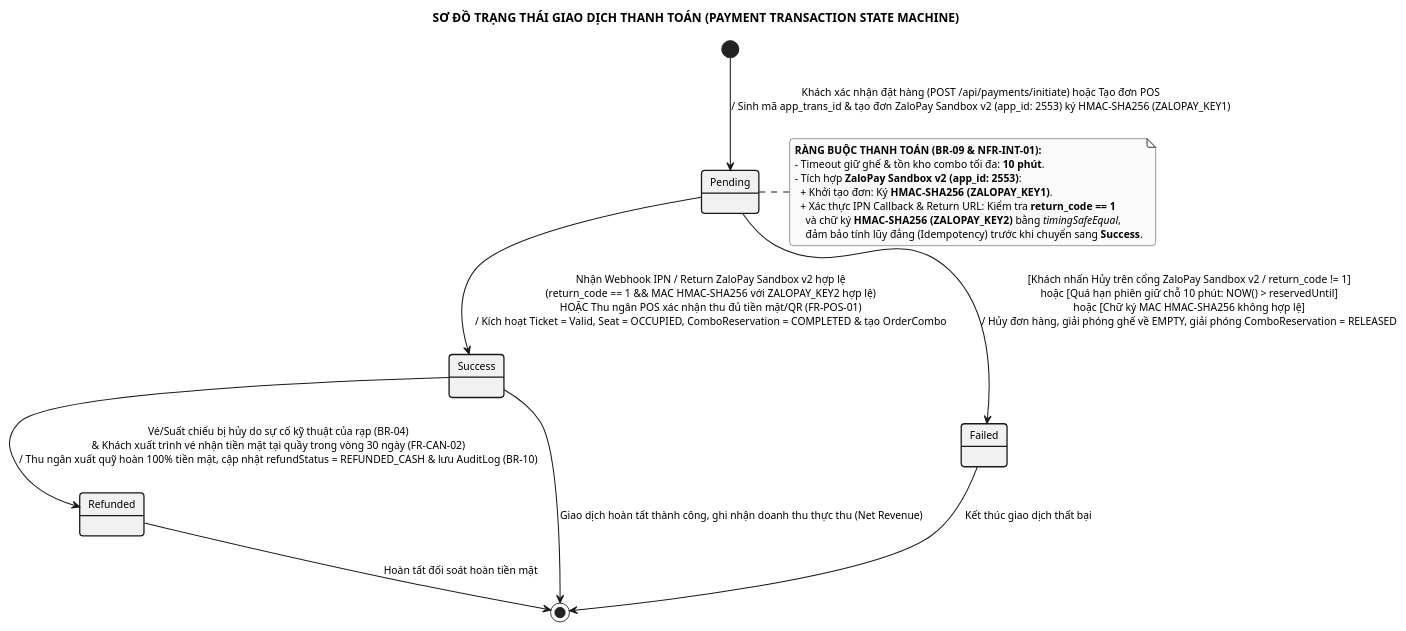
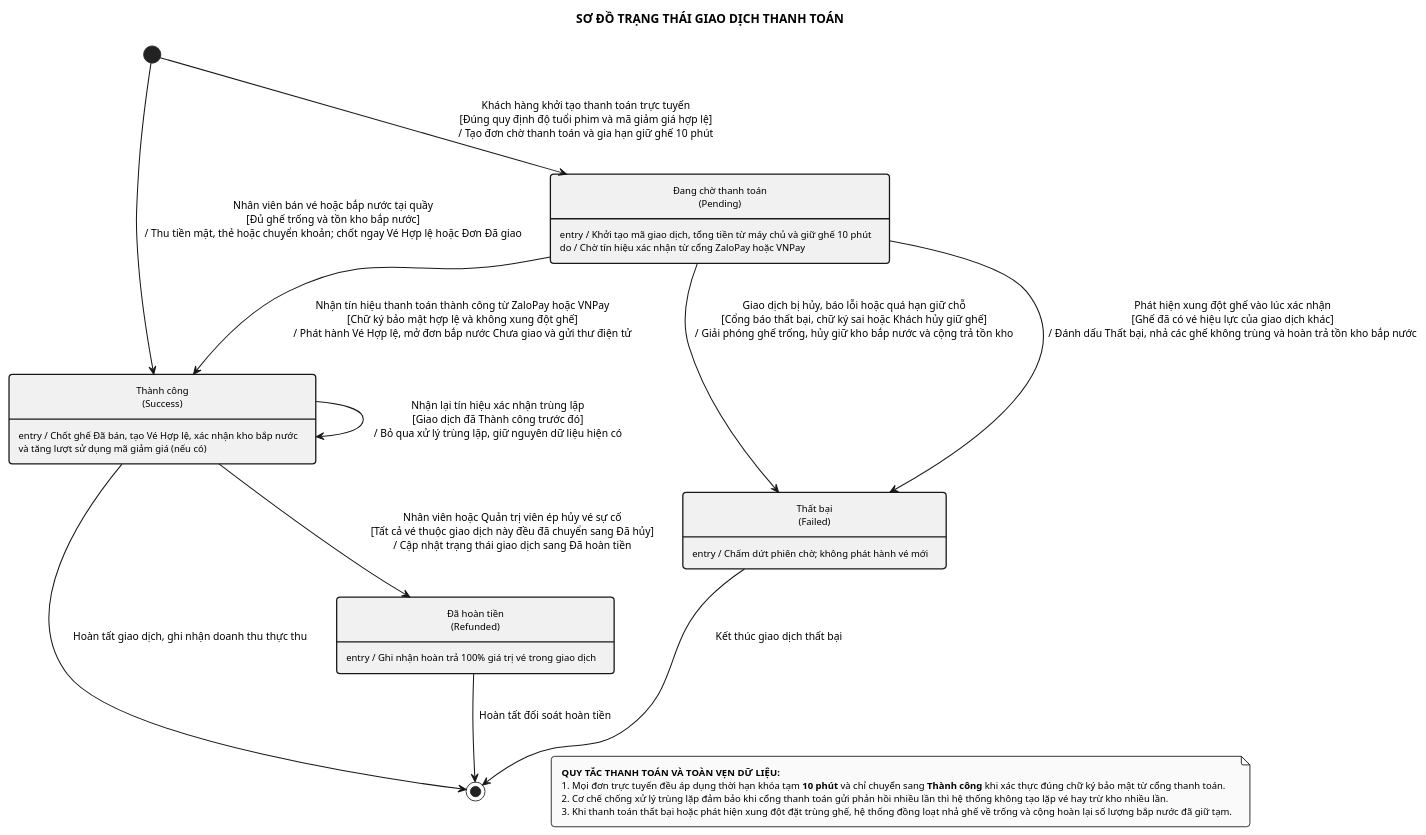
The diagram in PlantUML_State_Diagrams/state_payment.puml (MaGiaVy/CinemaLUMI), drawn with PlantUML before and after one commit. The commit also changed 92 other files, not shown here.

Commit message:
feat(uml-state-ui): redesign state diagrams to pure Vietnamese, sync SVG exports and fullstack fixes

```diff
--- a/PlantUML_State_Diagrams/state_payment.puml
+++ b/PlantUML_State_Diagrams/state_payment.puml
@@ -1,36 +1,69 @@
 @startuml state_payment
 skinparam monochrome true
 skinparam style strictuml
+skinparam shadowing false
 skinparam defaultFontName Arial
 skinparam defaultFontSize 12
 skinparam roundCorner 8
+skinparam padding 6
+skinparam nodesep 55
+skinparam ranksep 65
+skinparam ArrowThickness 1.2
 skinparam state {
     BorderThickness 1.5
-    ArrowThickness 1.2
+    AttributeFontSize 11
 }
+skinparam note {
+    BorderThickness 1
+    FontSize 11
+}
+hide empty description
 
-title SƠ ĐỒ TRẠNG THÁI GIAO DỊCH THANH TOÁN (PAYMENT TRANSACTION STATE MACHINE)
+title SƠ ĐỒ TRẠNG THÁI GIAO DỊCH THANH TOÁN
 
-[*] --> Pending : Khách xác nhận đặt hàng (POST /api/payments/initiate) hoặc Tạo đơn POS\n/ Sinh mã app_trans_id & tạo đơn ZaloPay Sandbox v2 (app_id: 2553) ký HMAC-SHA256 (ZALOPAY_KEY1)
+state "Đang chờ thanh toán\n(Pending)" as CHO_THANH_TOAN {
+}
+CHO_THANH_TOAN : entry / Khởi tạo mã giao dịch, tổng tiền từ máy chủ và giữ ghế 10 phút
+CHO_THANH_TOAN : do / Chờ tín hiệu xác nhận từ cổng ZaloPay hoặc VNPay
 
-Pending --> Success : Nhận Webhook IPN / Return ZaloPay Sandbox v2 hợp lệ\n(return_code == 1 && MAC HMAC-SHA256 với ZALOPAY_KEY2 hợp lệ)\nHOẶC Thu ngân POS xác nhận thu đủ tiền mặt/QR (FR-POS-01)\n/ Kích hoạt Ticket = Valid, Seat = OCCUPIED, ComboReservation = COMPLETED & tạo OrderCombo
+state "Thành công\n(Success)" as THANH_CONG {
+}
+THANH_CONG : entry / Chốt ghế Đã bán, tạo Vé Hợp lệ, xác nhận kho bắp nước\nvà tăng lượt sử dụng mã giảm giá (nếu có)
 
-Pending --> Failed : [Khách nhấn Hủy trên cổng ZaloPay Sandbox v2 / return_code != 1]\nhoặc [Quá hạn phiên giữ chỗ 10 phút: NOW() > reservedUntil]\nhoặc [Chữ ký MAC HMAC-SHA256 không hợp lệ]\n/ Hủy đơn hàng, giải phóng ghế về EMPTY, giải phóng ComboReservation = RELEASED
+state "Thất bại\n(Failed)" as THAT_BAI {
+}
+THAT_BAI : entry / Chấm dứt phiên chờ; không phát hành vé mới
 
-Success --> Refunded : Vé/Suất chiếu bị hủy do sự cố kỹ thuật của rạp (BR-04)\n& Khách xuất trình vé nhận tiền mặt tại quầy trong vòng 30 ngày (FR-CAN-02)\n/ Thu ngân xuất quỹ hoàn 100% tiền mặt, cập nhật refundStatus = REFUNDED_CASH & lưu AuditLog (BR-10)
+state "Đã hoàn tiền\n(Refunded)" as DA_HOAN_TIEN {
+}
+DA_HOAN_TIEN : entry / Ghi nhận hoàn trả 100% giá trị vé trong giao dịch
 
-Success --> [*] : Giao dịch hoàn tất thành công, ghi nhận doanh thu thực thu (Net Revenue)
-Failed --> [*] : Kết thúc giao dịch thất bại
-Refunded --> [*] : Hoàn tất đối soát hoàn tiền mặt
+[*] --> CHO_THANH_TOAN : Khách hàng khởi tạo thanh toán trực tuyến\n[Đúng quy định độ tuổi phim và mã giảm giá hợp lệ]\n/ Tạo đơn chờ thanh toán và gia hạn giữ ghế 10 phút
 
-note right of Pending
-  <b>RÀNG BUỘC THANH TOÁN (BR-09 & NFR-INT-01):</b>
-  - Timeout giữ ghế & tồn kho combo tối đa: <b>10 phút</b>.
-  - Tích hợp <b>ZaloPay Sandbox v2 (app_id: 2553)</b>:
-    + Khởi tạo đơn: Ký <b>HMAC-SHA256 (ZALOPAY_KEY1)</b>.
-    + Xác thực IPN Callback & Return URL: Kiểm tra <b>return_code == 1</b>
-      và chữ ký <b>HMAC-SHA256 (ZALOPAY_KEY2)</b> bằng <i>timingSafeEqual</i>,
-      đảm bảo tính lũy đẳng (Idempotency) trước khi chuyển sang <b>Success</b>.
+[*] --> THANH_CONG : Nhân viên bán vé hoặc bắp nước tại quầy\n[Đủ ghế trống và tồn kho bắp nước]\n/ Thu tiền mặt, thẻ hoặc chuyển khoản; chốt ngay Vé Hợp lệ hoặc Đơn Đã giao
+
+CHO_THANH_TOAN --> THANH_CONG : Nhận tín hiệu thanh toán thành công từ ZaloPay hoặc VNPay\n[Chữ ký bảo mật hợp lệ và không xung đột ghế]\n/ Phát hành Vé Hợp lệ, mở đơn bắp nước Chưa giao và gửi thư điện tử
+
+THANH_CONG --> THANH_CONG : Nhận lại tín hiệu xác nhận trùng lặp\n[Giao dịch đã Thành công trước đó]\n/ Bỏ qua xử lý trùng lặp, giữ nguyên dữ liệu hiện có
+
+CHO_THANH_TOAN --> THAT_BAI : Giao dịch bị hủy, báo lỗi hoặc quá hạn giữ chỗ\n[Cổng báo thất bại, chữ ký sai hoặc Khách hủy giữ ghế]\n/ Giải phóng ghế trống, hủy giữ kho bắp nước và cộng trả tồn kho
+
+CHO_THANH_TOAN --> THAT_BAI : Phát hiện xung đột ghế vào lúc xác nhận\n[Ghế đã có vé hiệu lực của giao dịch khác]\n/ Đánh dấu Thất bại, nhả các ghế không trùng và hoàn trả tồn kho bắp nước
+
+THANH_CONG --> DA_HOAN_TIEN : Nhân viên hoặc Quản trị viên ép hủy vé sự cố\n[Tất cả vé thuộc giao dịch này đều đã chuyển sang Đã hủy]\n/ Cập nhật trạng thái giao dịch sang Đã hoàn tiền
+
+THAT_BAI --> [*] : Kết thúc giao dịch thất bại
+THANH_CONG --> [*] : Hoàn tất giao dịch, ghi nhận doanh thu thực thu
+DA_HOAN_TIEN --> [*] : Hoàn tất đối soát hoàn tiền
+
+note as GhiChu
+  <b>QUY TẮC THANH TOÁN VÀ TOÀN VẸN DỮ LIỆU:</b>
+  1. Mọi đơn trực tuyến đều áp dụng thời hạn khóa tạm <b>10 phút</b> và chỉ chuyển sang <b>Thành công</b> khi xác thực đúng chữ ký bảo mật từ cổng thanh toán.
+  2. Cơ chế chống xử lý trùng lặp đảm bảo khi cổng thanh toán gửi phản hồi nhiều lần thì hệ thống không tạo lặp vé hay trừ kho nhiều lần.
+  3. Khi thanh toán thất bại hoặc phát hiện xung đột đặt trùng ghế, hệ thống đồng loạt nhả ghế về trống và cộng hoàn lại số lượng bắp nước đã giữ tạm.
 end note
 
+THAT_BAI -[hidden]-> GhiChu
+DA_HOAN_TIEN -[hidden]-> GhiChu
+
 @enduml
```
